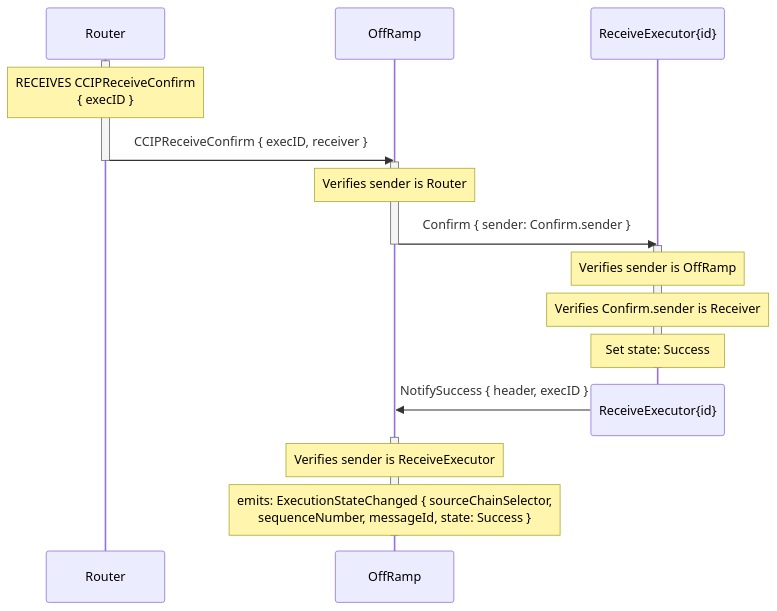
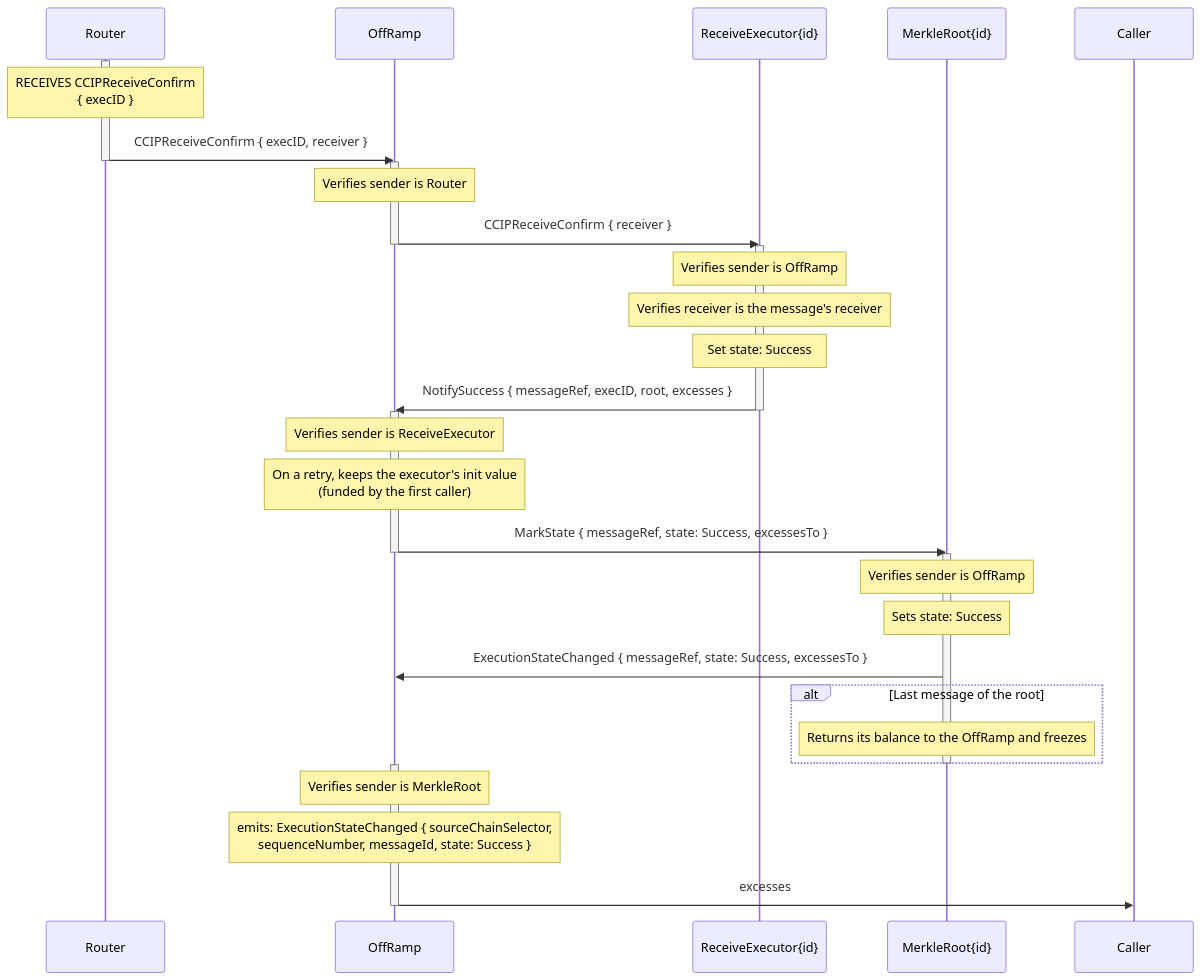
One commit to smartcontractkit/chainlink-ton changed the fifth of 7 diagrams in docs/contracts/overview/ccip/offramp/arbitrary-msg.md. Above: the diagram before and after it, drawn with Mermaid. The commit also changed other lines of this file and 32 other files, not shown here.

First line of the commit message:
[NONEVM-6819] FIX OffRamp should emit ExecutionStateChanged only after MerkleRoot_ExecutionStateChanged (#992)

````diff
--- a/docs/contracts/overview/ccip/offramp/arbitrary-msg.md
+++ b/docs/contracts/overview/ccip/offramp/arbitrary-msg.md
@@ -134,35 +181,54 @@
 ```mermaid
 sequenceDiagram
     participant R as Router
     participant OR as OffRamp
     participant RE as ReceiveExecutor{id}
+    participant MR as MerkleRoot{id}
+    participant C as Caller
 
 
     activate R
     Note over R: RECEIVES CCIPReceiveConfirm<br>{ execID }
     R ->> OR: CCIPReceiveConfirm { execID, receiver }
     deactivate R
 
 
 
     activate OR
     Note over OR: Verifies sender is Router
-    OR ->> RE: Confirm { sender: Confirm.sender }
+    OR ->> RE: CCIPReceiveConfirm { receiver }
     deactivate OR
 
 
     activate RE
     Note over RE: Verifies sender is OffRamp
-    Note over RE: Verifies Confirm.sender is Receiver
+    Note over RE: Verifies receiver is the message's receiver
     Note over RE: Set state: Success
+    RE ->> OR: NotifySuccess { messageRef, execID, root, excesses }
     deactivate RE
-    destroy RE
-    RE ->> OR: NotifySuccess { header, execID }
 
 
 
     activate OR
     Note over OR: Verifies sender is ReceiveExecutor
+    Note over OR: On a retry, keeps the executor's init value<br>(funded by the first caller)
+    OR ->> MR: MarkState { messageRef, state: Success, excessesTo }
+    deactivate OR
+
+
+    activate MR
+    Note over MR: Verifies sender is OffRamp
+    Note over MR: Sets state: Success
+    MR ->> OR: ExecutionStateChanged { messageRef, state: Success, excessesTo }
+    alt Last message of the root
+    Note over MR: Returns its balance to the OffRamp and freezes
+    end
+    deactivate MR
+
+
+    activate OR
+    Note over OR: Verifies sender is MerkleRoot
     Note over OR: emits: ExecutionStateChanged { sourceChainSelector,<br>sequenceNumber, messageId, state: Success }
+    OR ->> C: excesses
     deactivate OR
 ```
````
